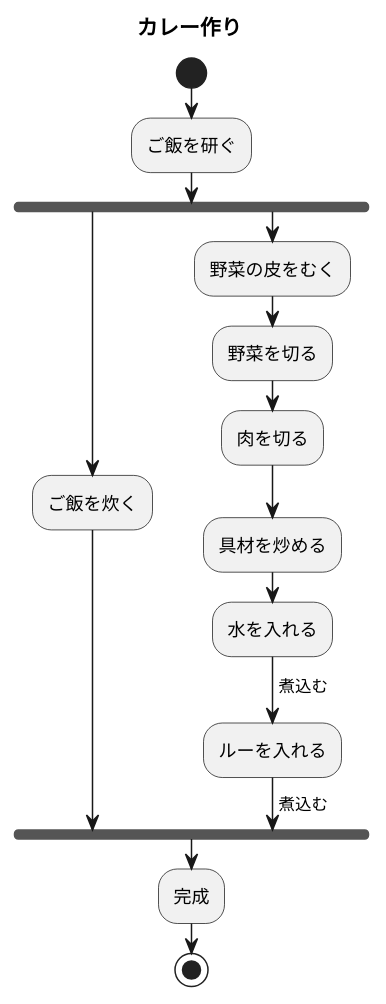
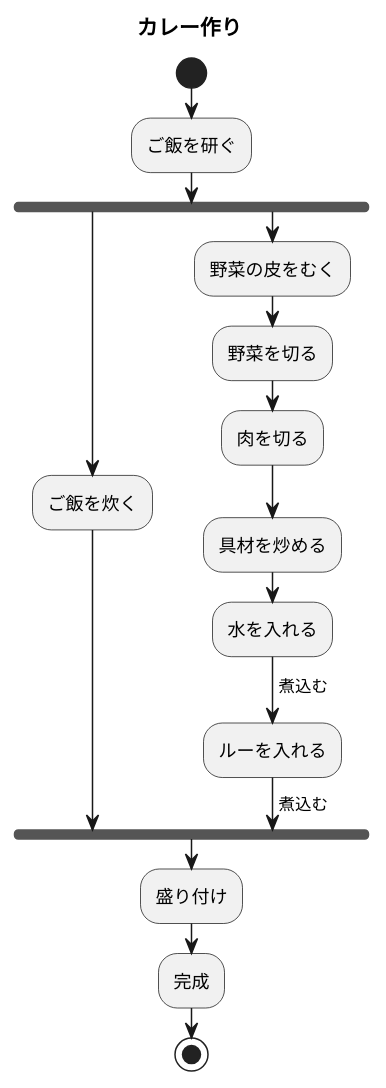
The diagram in カレー.pu (hosoya0503/uml-intro), drawn with PlantUML before and after one commit.

Commit message:
カレー

```diff
--- a/カレー.pu
+++ b/カレー.pu
@@ -1,19 +1,20 @@
 @startuml カレー作り
 title カレー作り
 start
 :ご飯を研ぐ;
 fork
 :ご飯を炊く;
 fork again
 :野菜の皮をむく;
 :野菜を切る;
 :肉を切る;
 :具材を炒める;
 :水を入れる;
 ->煮込む;
 :ルーを入れる;
 ->煮込む;
 end fork
+:盛り付け;
 :完成;
 stop
 @enduml
```
